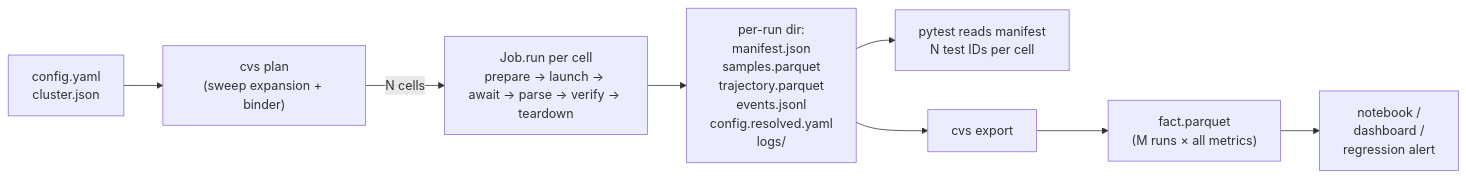
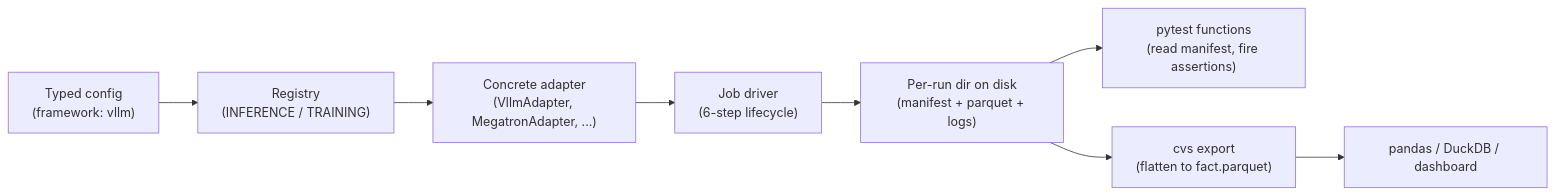
The first of 3 diagrams in docs/prd/pr-body.md (ROCm/cvs), drawn with Mermaid before and after one commit. The commit also changed other lines of this file, not shown here.

````diff
--- a/docs/prd/pr-body.md
+++ b/docs/prd/pr-body.md
@@ -25,10 +40,10 @@
 ```mermaid
 flowchart LR
-    cfg["config.yaml<br/>cluster.json"] --> plan["cvs plan<br/>(sweep expansion + binder)"]
-    plan -->|"N cells"| job["Job.run per cell<br/>prepare → launch → await → parse → verify → teardown"]
-    job --> art["per-run dir:<br/>manifest.json<br/>samples.parquet<br/>trajectory.parquet<br/>events.jsonl<br/>config.resolved.yaml<br/>logs/"]
-    art --> pytest["pytest reads manifest<br/>N test IDs per cell"]
-    art --> export["cvs export"]
-    export --> fact["fact.parquet<br/>(M runs × all metrics)"]
-    fact --> nb["notebook /<br/>dashboard /<br/>regression alert"]
+    cfg["Typed config<br/>(framework: vllm)"] --> reg["Registry<br/>(INFERENCE / TRAINING)"]
+    reg --> adapter["Concrete adapter<br/>(VllmAdapter, MegatronAdapter, ...)"]
+    adapter --> job["Job driver<br/>(6-step lifecycle)"]
+    job --> dir["Per-run dir on disk<br/>(manifest + parquet + logs)"]
+    dir --> tests["pytest functions<br/>(read manifest, fire assertions)"]
+    dir --> exp["cvs export<br/>(flatten to fact.parquet)"]
+    exp --> nb["pandas / DuckDB / dashboard"]
 ```
````
